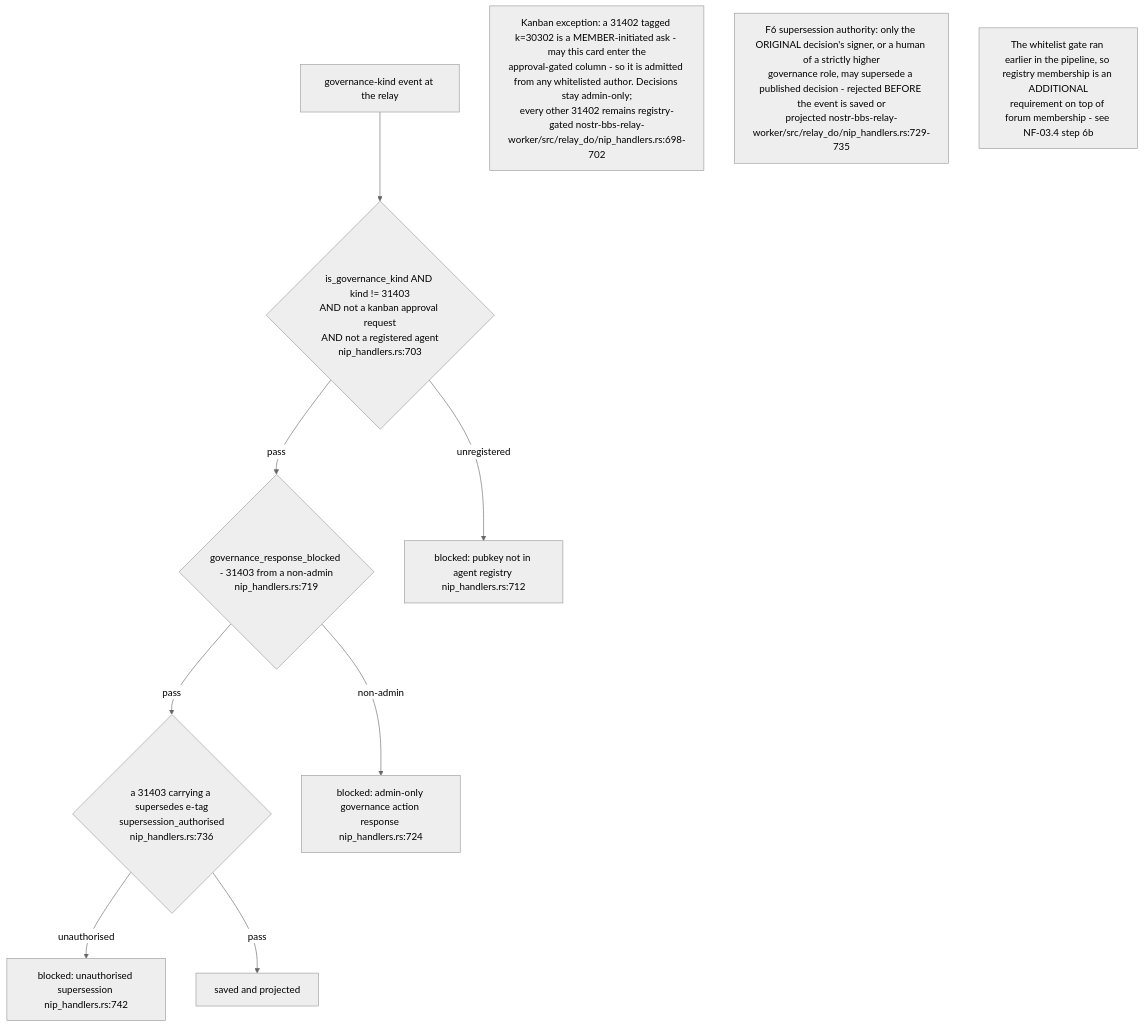
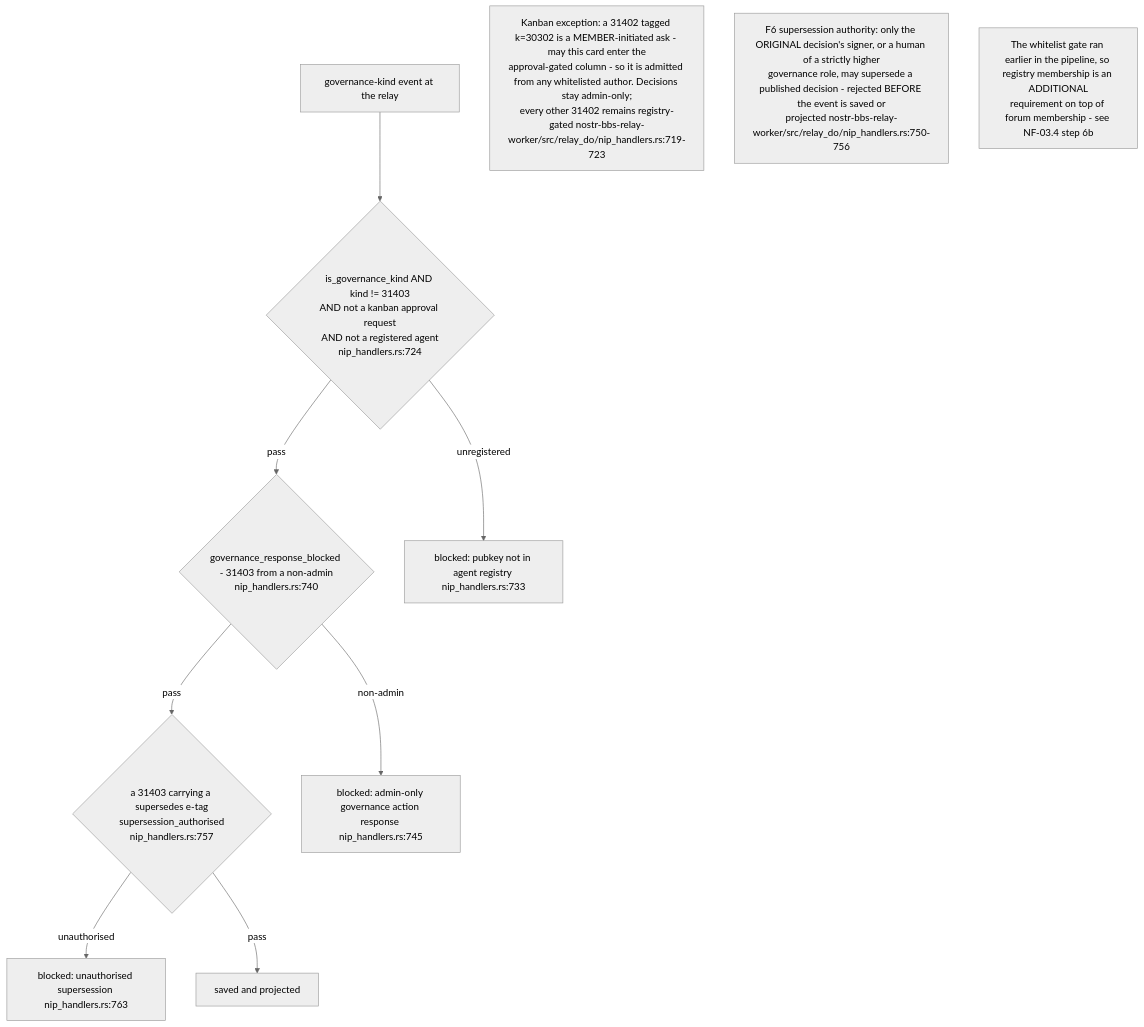
The fourth of 11 diagrams in docs/diagrams/nostr-rust-forum/06-agent-control-surface-31400-31405.md (DreamLab-AI/VisionFlow), drawn with Mermaid (neutral theme) before and after one commit. The commit also changed other lines of this file and 52 other files, not shown here.

First line of the commit message:
docs(diagrams): wave 3 checkpoint — bare line refs resolved, revision-pinned cite-check, VC-05/AB-01..13 re-attested

````diff
--- a/docs/diagrams/nostr-rust-forum/06-agent-control-surface-31400-31405.md
+++ b/docs/diagrams/nostr-rust-forum/06-agent-control-surface-31400-31405.md
@@ -107,20 +107,20 @@
 ```mermaid
 flowchart TB
     EV["governance-kind event at the relay"]
-    G1{"is_governance_kind AND kind != 31403<br/>AND not a kanban approval request<br/>AND not a registered agent<br/>nip_handlers.rs:703"}
-    G2{"governance_response_blocked - 31403 from a non-admin<br/>nip_handlers.rs:719"}
-    G3{"a 31403 carrying a supersedes e-tag<br/>supersession_authorised<br/>nip_handlers.rs:736"}
+    G1{"is_governance_kind AND kind != 31403<br/>AND not a kanban approval request<br/>AND not a registered agent<br/>nip_handlers.rs:724"}
+    G2{"governance_response_blocked - 31403 from a non-admin<br/>nip_handlers.rs:740"}
+    G3{"a 31403 carrying a supersedes e-tag<br/>supersession_authorised<br/>nip_handlers.rs:757"}
     OK["saved and projected"]
 
     EV --> G1
-    G1 -->|"unregistered"| B1["blocked: pubkey not in agent registry nip_handlers.rs:712"]
+    G1 -->|"unregistered"| B1["blocked: pubkey not in agent registry nip_handlers.rs:733"]
     G1 -->|"pass"| G2
-    G2 -->|"non-admin"| B2["blocked: admin-only governance action response nip_handlers.rs:724"]
+    G2 -->|"non-admin"| B2["blocked: admin-only governance action response nip_handlers.rs:745"]
     G2 -->|"pass"| G3
-    G3 -->|"unauthorised"| B3["blocked: unauthorised supersession nip_handlers.rs:742"]
+    G3 -->|"unauthorised"| B3["blocked: unauthorised supersession nip_handlers.rs:763"]
     G3 -->|"pass"| OK
 
-    N1["Kanban exception: a 31402 tagged k=30302 is a MEMBER-initiated ask - may this card enter the<br/>approval-gated column - so it is admitted from any whitelisted author. Decisions stay admin-only;<br/>every other 31402 remains registry-gated nostr-bbs-relay-worker/src/relay_do/nip_handlers.rs:698-702"]
-    N2["F6 supersession authority: only the ORIGINAL decision's signer, or a human of a strictly higher<br/>governance role, may supersede a published decision - rejected BEFORE the event is saved or<br/>projected nostr-bbs-relay-worker/src/relay_do/nip_handlers.rs:729-735"]
+    N1["Kanban exception: a 31402 tagged k=30302 is a MEMBER-initiated ask - may this card enter the<br/>approval-gated column - so it is admitted from any whitelisted author. Decisions stay admin-only;<br/>every other 31402 remains registry-gated nostr-bbs-relay-worker/src/relay_do/nip_handlers.rs:719-723"]
+    N2["F6 supersession authority: only the ORIGINAL decision's signer, or a human of a strictly higher<br/>governance role, may supersede a published decision - rejected BEFORE the event is saved or<br/>projected nostr-bbs-relay-worker/src/relay_do/nip_handlers.rs:750-756"]
     N3["The whitelist gate ran earlier in the pipeline, so registry membership is an ADDITIONAL<br/>requirement on top of forum membership - see NF-03.4 step 6b"]
 ```
````
